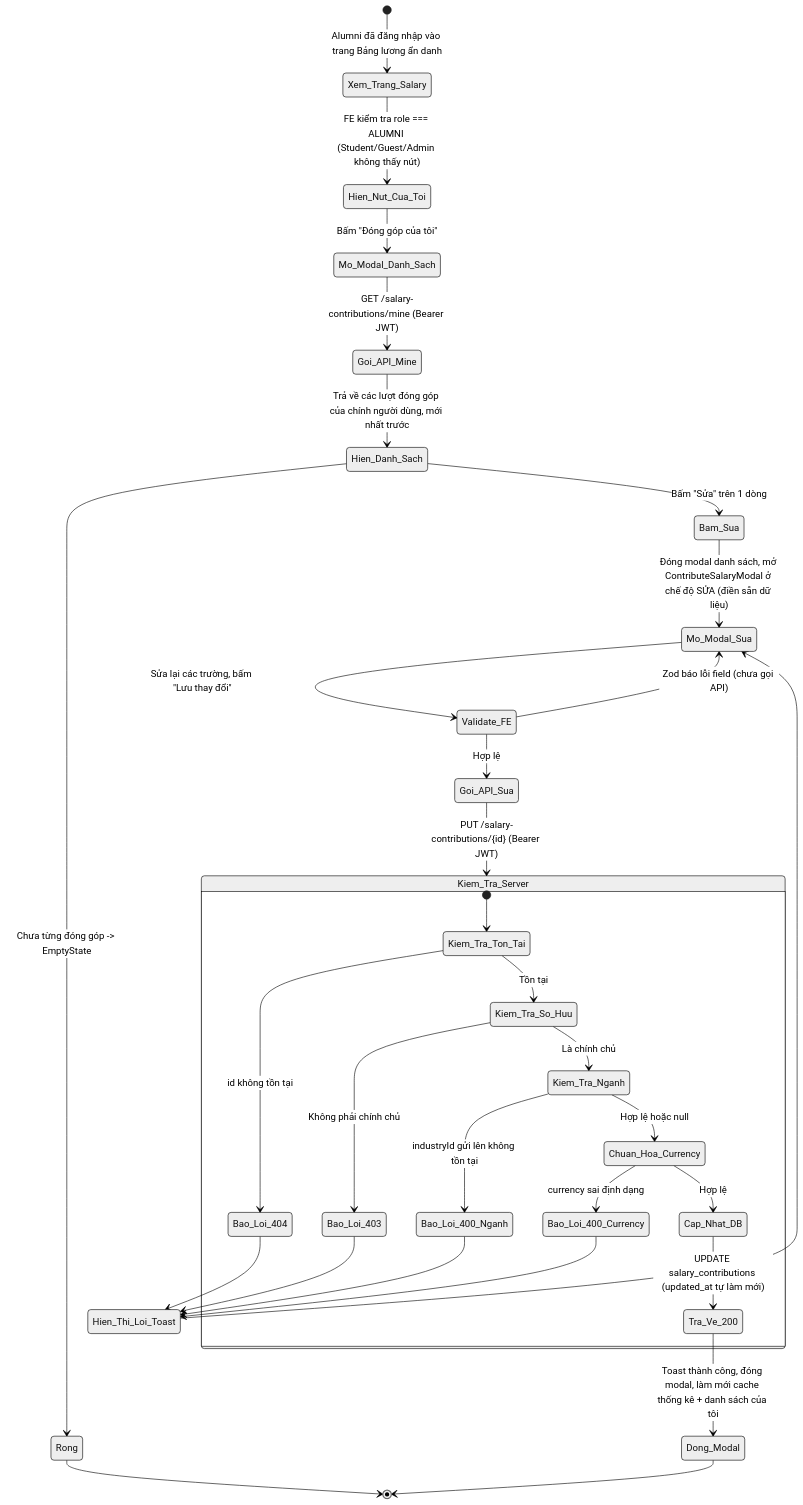
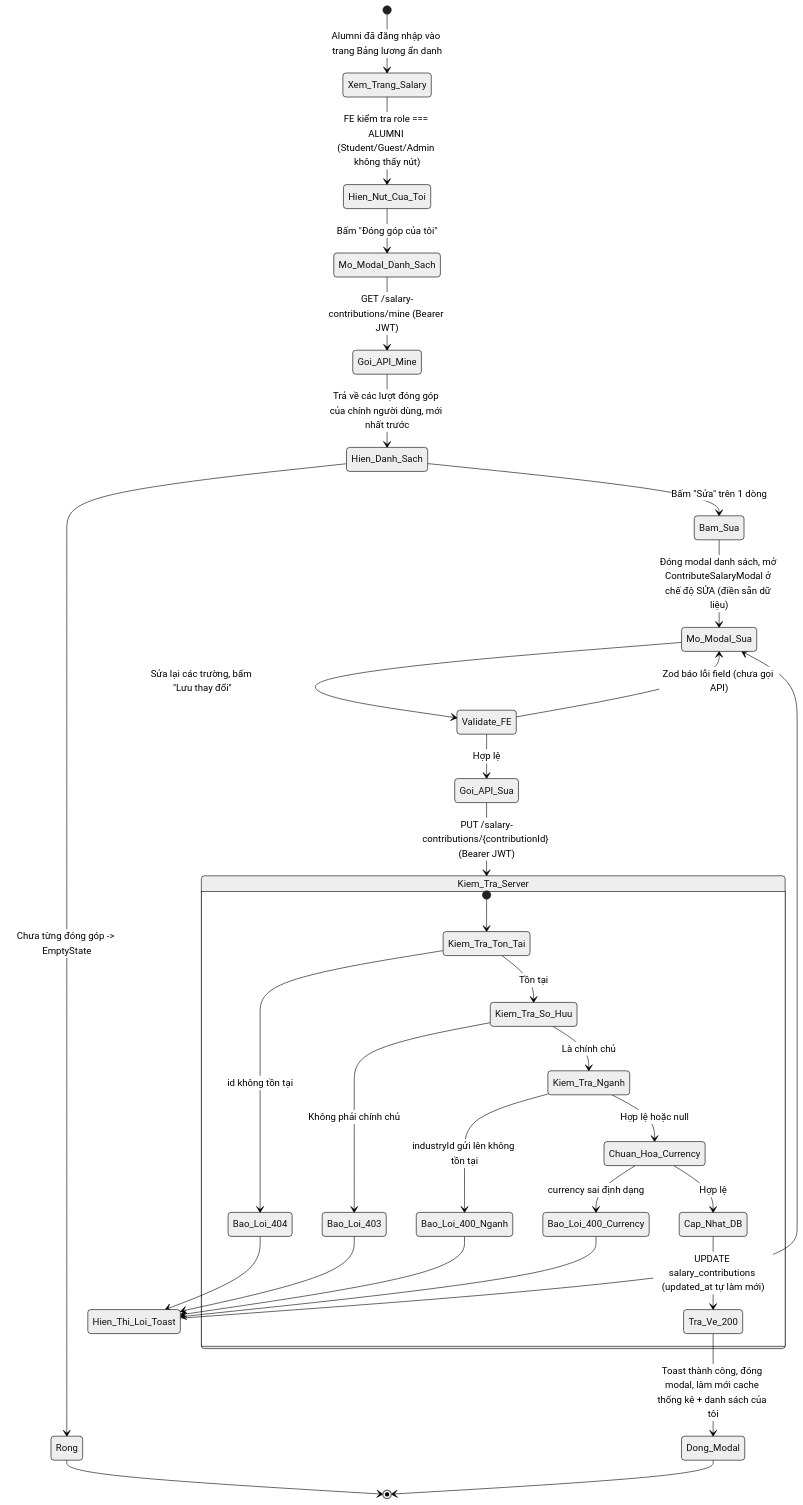
The first of 3 diagrams in docs/update_SRS/SRS_UC_UC51_EditSalaryContribution.md (Alumnect/Alumnect), drawn with Mermaid (neutral theme) before and after one commit. The commit also changed other lines of this file and 83 other files, not shown here.

````diff
--- a/docs/update_SRS/SRS_UC_UC51_EditSalaryContribution.md
+++ b/docs/update_SRS/SRS_UC_UC51_EditSalaryContribution.md
@@ -7,40 +7,40 @@
 ```mermaid
 stateDiagram-v2
     [*] --> Xem_Trang_Salary : Alumni đã đăng nhập vào trang Bảng lương ẩn danh
     Xem_Trang_Salary --> Hien_Nut_Cua_Toi : FE kiểm tra role === ALUMNI (Student/Guest/Admin không thấy nút)
     Hien_Nut_Cua_Toi --> Mo_Modal_Danh_Sach : Bấm "Đóng góp của tôi"
 
     Mo_Modal_Danh_Sach --> Goi_API_Mine : GET /salary-contributions/mine (Bearer JWT)
     Goi_API_Mine --> Hien_Danh_Sach : Trả về các lượt đóng góp của chính người dùng, mới nhất trước
     Hien_Danh_Sach --> Rong : Chưa từng đóng góp -> EmptyState
     Hien_Danh_Sach --> Bam_Sua : Bấm "Sửa" trên 1 dòng
 
     Bam_Sua --> Mo_Modal_Sua : Đóng modal danh sách, mở ContributeSalaryModal ở chế độ SỬA (điền sẵn dữ liệu)
     Mo_Modal_Sua --> Validate_FE : Sửa lại các trường, bấm "Lưu thay đổi"
     Validate_FE --> Mo_Modal_Sua : Zod báo lỗi field (chưa gọi API)
     Validate_FE --> Goi_API_Sua : Hợp lệ
 
-    Goi_API_Sua --> Kiem_Tra_Server : PUT /salary-contributions/{id} (Bearer JWT)
+    Goi_API_Sua --> Kiem_Tra_Server : PUT /salary-contributions/{contributionId} (Bearer JWT)
 
     state Kiem_Tra_Server {
         [*] --> Kiem_Tra_Ton_Tai
         Kiem_Tra_Ton_Tai --> Bao_Loi_404 : id không tồn tại
         Kiem_Tra_Ton_Tai --> Kiem_Tra_So_Huu : Tồn tại
         Kiem_Tra_So_Huu --> Bao_Loi_403 : Không phải chính chủ
         Kiem_Tra_So_Huu --> Kiem_Tra_Nganh : Là chính chủ
         Kiem_Tra_Nganh --> Bao_Loi_400_Nganh : industryId gửi lên không tồn tại
         Kiem_Tra_Nganh --> Chuan_Hoa_Currency : Hợp lệ hoặc null
         Chuan_Hoa_Currency --> Bao_Loi_400_Currency : currency sai định dạng
         Chuan_Hoa_Currency --> Cap_Nhat_DB : Hợp lệ
         Cap_Nhat_DB --> Tra_Ve_200 : UPDATE salary_contributions (updated_at tự làm mới)
     }
 
     Bao_Loi_403 --> Hien_Thi_Loi_Toast
     Bao_Loi_404 --> Hien_Thi_Loi_Toast
     Bao_Loi_400_Nganh --> Hien_Thi_Loi_Toast
     Bao_Loi_400_Currency --> Hien_Thi_Loi_Toast
     Hien_Thi_Loi_Toast --> Mo_Modal_Sua
     Tra_Ve_200 --> Dong_Modal : Toast thành công, đóng modal, làm mới cache thống kê + danh sách của tôi
     Dong_Modal --> [*]
     Rong --> [*]
 ```
````
